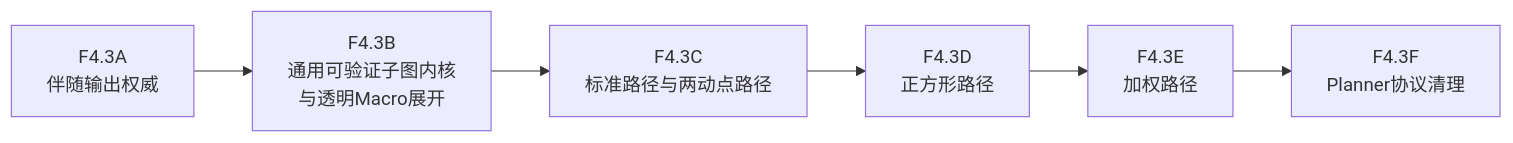
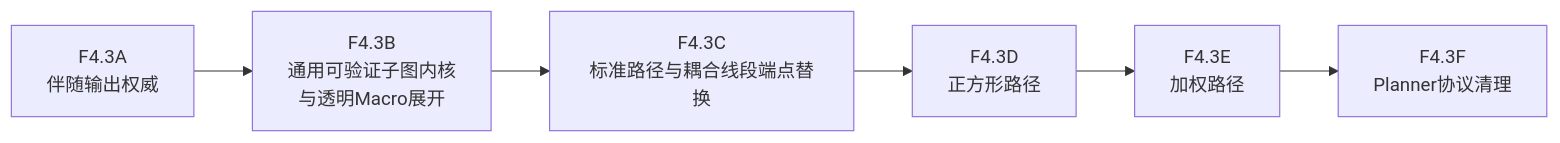
Before and after one commit to rongchenxu100/shuxueshuo: the third of 4 diagrams in docs/path-minimum-macro-redesign.md, drawn with Mermaid. The commit also changed other lines of this file and 32 other files, not shown here.

````diff
--- a/docs/path-minimum-macro-redesign.md
+++ b/docs/path-minimum-macro-redesign.md
@@ -733,11 +740,11 @@
 ```mermaid
 flowchart LR
   A["F4.3A<br/>伴随输出权威"]
   B["F4.3B<br/>通用可验证子图内核<br/>与透明Macro展开"]
-  C["F4.3C<br/>标准路径与两动点路径"]
+  C["F4.3C<br/>标准路径与耦合线段端点替换"]
   D["F4.3D<br/>正方形路径"]
   E["F4.3E<br/>加权路径"]
   F["F4.3F<br/>Planner协议清理"]
 
   A --> B --> C --> D --> E --> F
 ```
````
